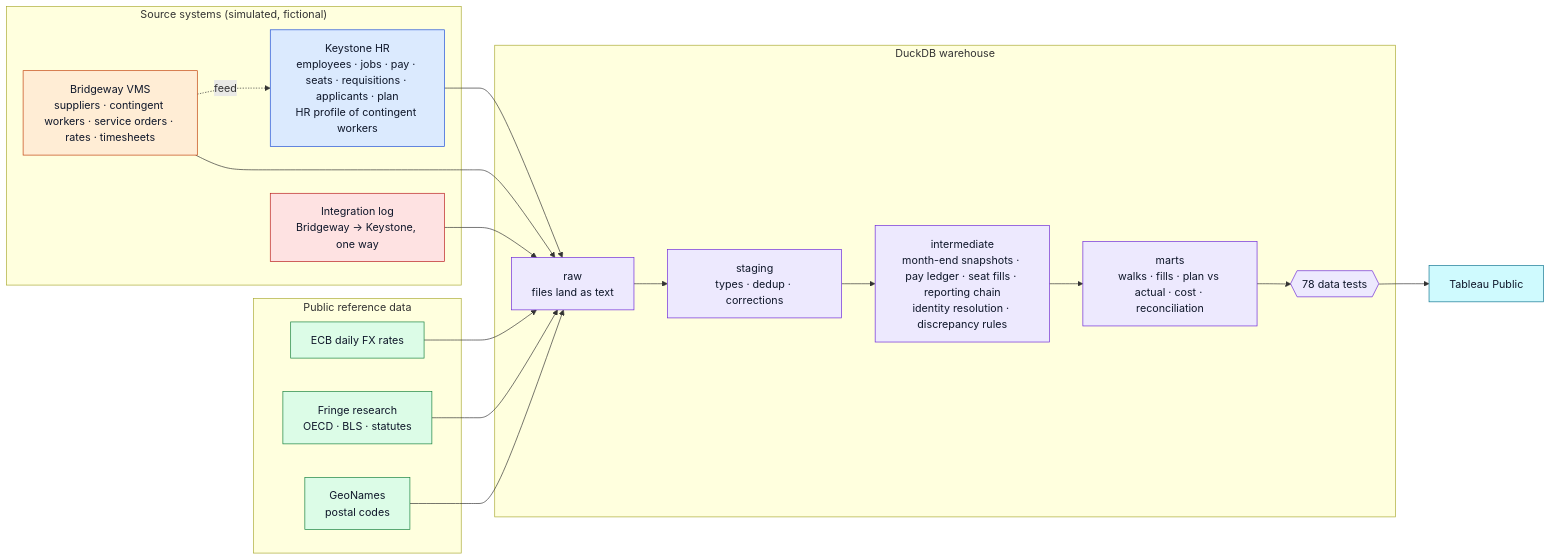
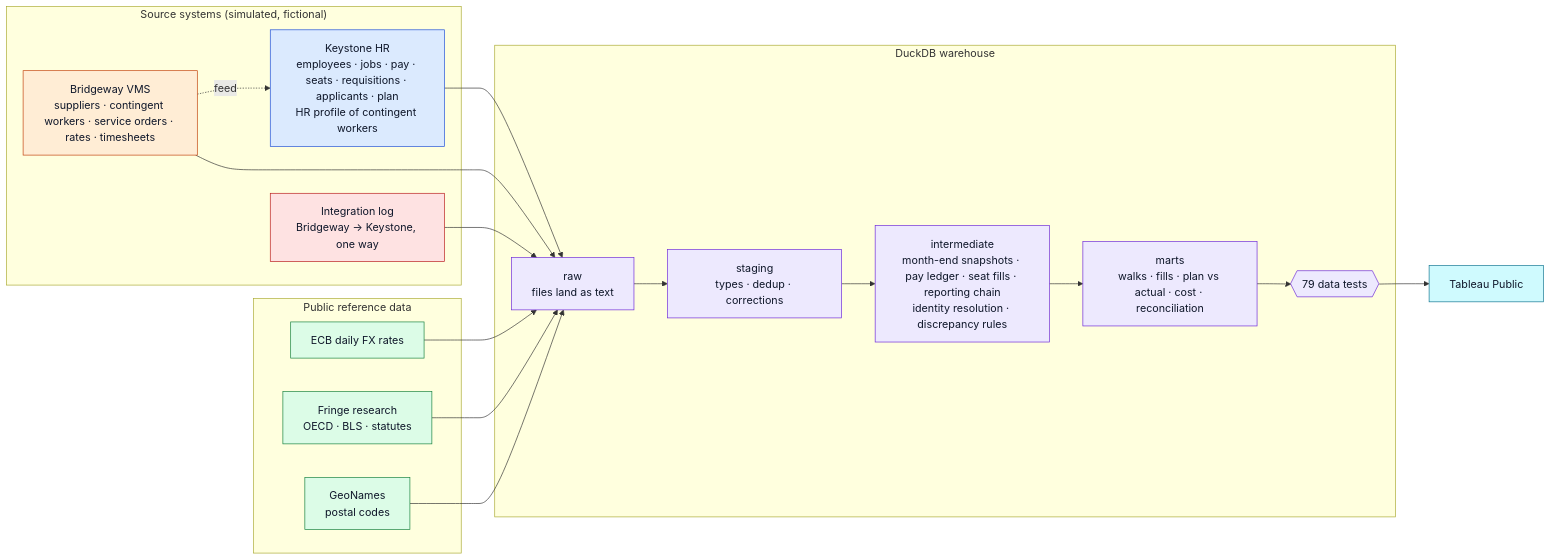
One commit to thialp/people-analytics-warehouse changed the third of 6 diagrams in README.md. Above: the diagram before and after it, drawn with Mermaid. The commit also changed other lines of this file and 14 other files, not shown here.

````diff
--- a/README.md
+++ b/README.md
@@ -148,42 +148,42 @@
 ```mermaid
 flowchart LR
     subgraph Sources["Source systems (simulated, fictional)"]
         HR["Keystone HR<br/>employees · jobs · pay · seats · requisitions · applicants · plan<br/>HR profile of contingent workers"]
         VMS["Bridgeway VMS<br/>suppliers · contingent workers · service orders · rates · timesheets"]
         FEED["Integration log<br/>Bridgeway → Keystone, one way"]
     end
     subgraph Public["Public reference data"]
         ECB["ECB daily FX rates"]
         FRG["Fringe research<br/>OECD · BLS · statutes"]
         GEO["GeoNames<br/>postal codes"]
     end
     subgraph WH["DuckDB warehouse"]
         RAW["raw<br/>files land as text"]
         STG["staging<br/>types · dedup · corrections"]
         INT["intermediate<br/>month-end snapshots · pay ledger · seat fills · reporting chain<br/>identity resolution · discrepancy rules"]
         MART["marts<br/>walks · fills · plan vs actual · cost · reconciliation"]
-        TEST{{"78 data tests"}}
+        TEST{{"79 data tests"}}
     end
     TAB["Tableau Public"]
     VMS -. feed .-> HR
     HR --> RAW
     VMS --> RAW
     FEED --> RAW
     ECB --> RAW
     FRG --> RAW
     GEO --> RAW
     RAW --> STG --> INT --> MART --> TEST --> TAB
 
     classDef hr fill:#dbeafe,stroke:#1d4ed8,color:#0f172a
     classDef vms fill:#ffedd5,stroke:#c2410c,color:#0f172a
     classDef feed fill:#fee2e2,stroke:#b91c1c,color:#0f172a
     classDef pub fill:#dcfce7,stroke:#15803d,color:#0f172a
     classDef wh fill:#ede9fe,stroke:#6d28d9,color:#0f172a
     classDef dash fill:#cffafe,stroke:#0e7490,color:#0f172a
     class HR hr
     class VMS vms
     class FEED feed
     class ECB,FRG,GEO pub
     class RAW,STG,INT,MART,TEST wh
     class TAB dash
 ```
````
